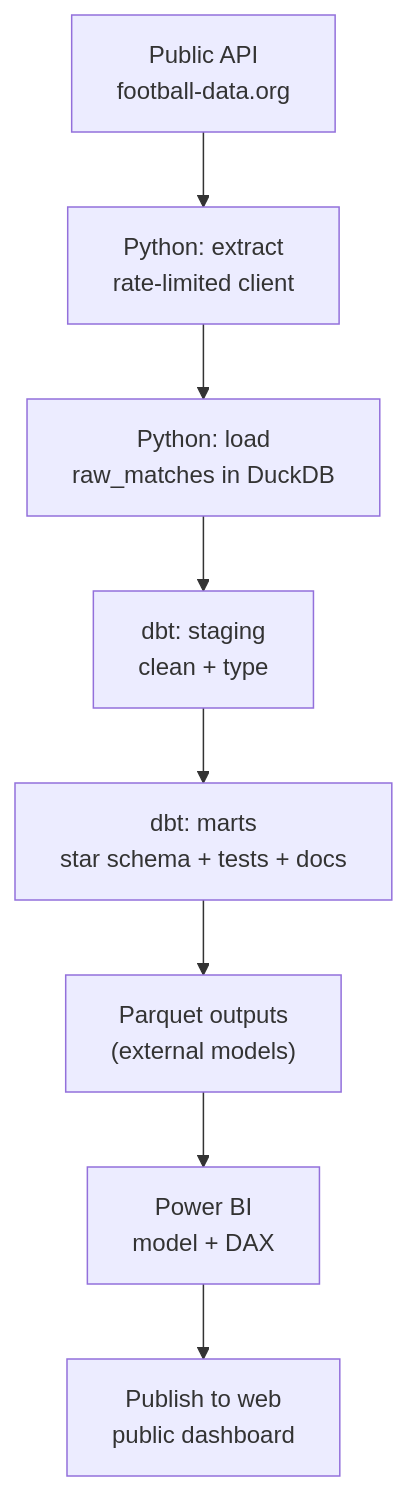
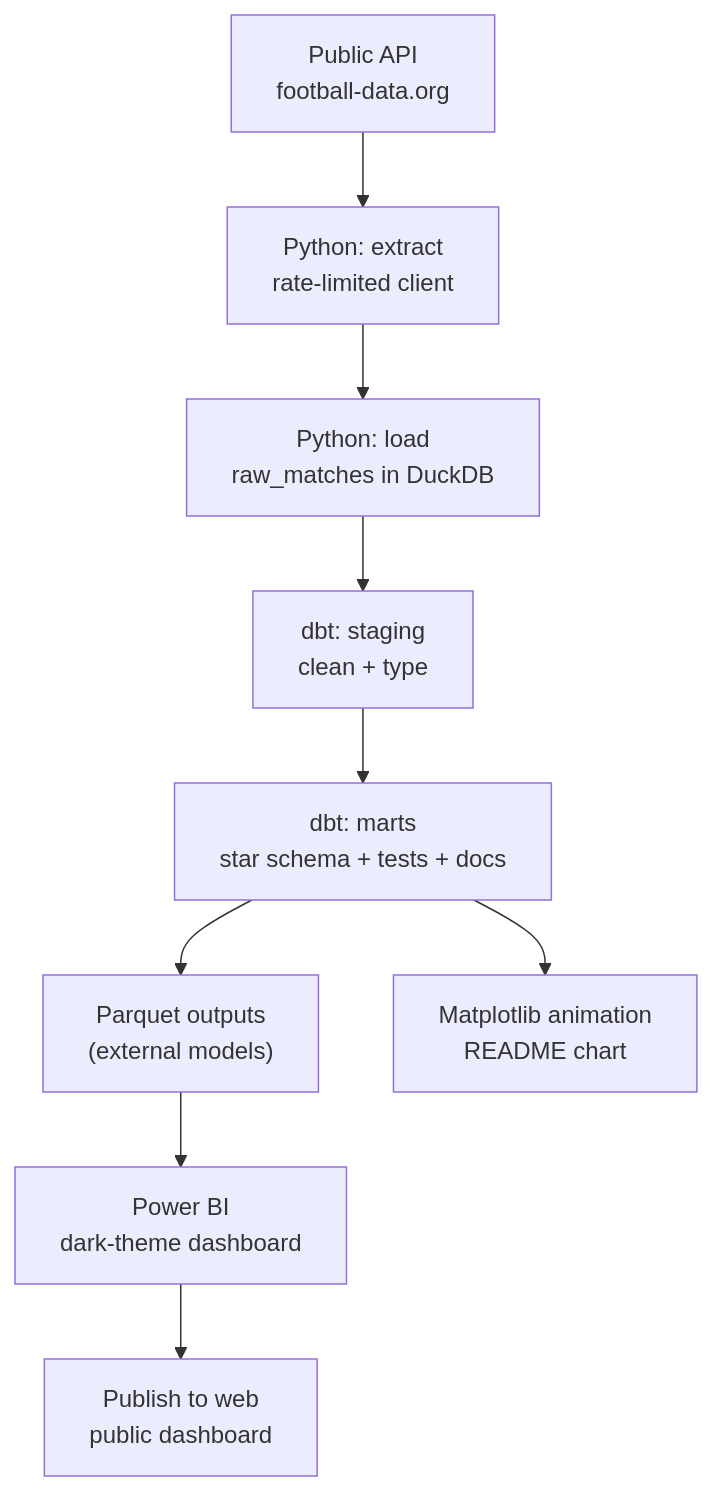
One commit to PWIS11/football-analytics-pipeline changed the first of 2 diagrams in README.md. Above: the diagram before and after it, drawn with Mermaid. The commit also changed other lines of this file and 10 other files, not shown here.

````diff
--- a/README.md
+++ b/README.md
@@ -12,10 +28,11 @@
 ```mermaid
 flowchart TD
     A["Public API<br/>football-data.org"] --> B["Python: extract<br/>rate-limited client"]
     B --> C["Python: load<br/>raw_matches in DuckDB"]
     C --> D["dbt: staging<br/>clean + type"]
     D --> E["dbt: marts<br/>star schema + tests + docs"]
     E --> F["Parquet outputs<br/>(external models)"]
-    F --> G["Power BI<br/>model + DAX"]
+    F --> G["Power BI<br/>dark-theme dashboard"]
     G --> H["Publish to web<br/>public dashboard"]
+    E --> I["Matplotlib animation<br/>README chart"]
 ```
````
